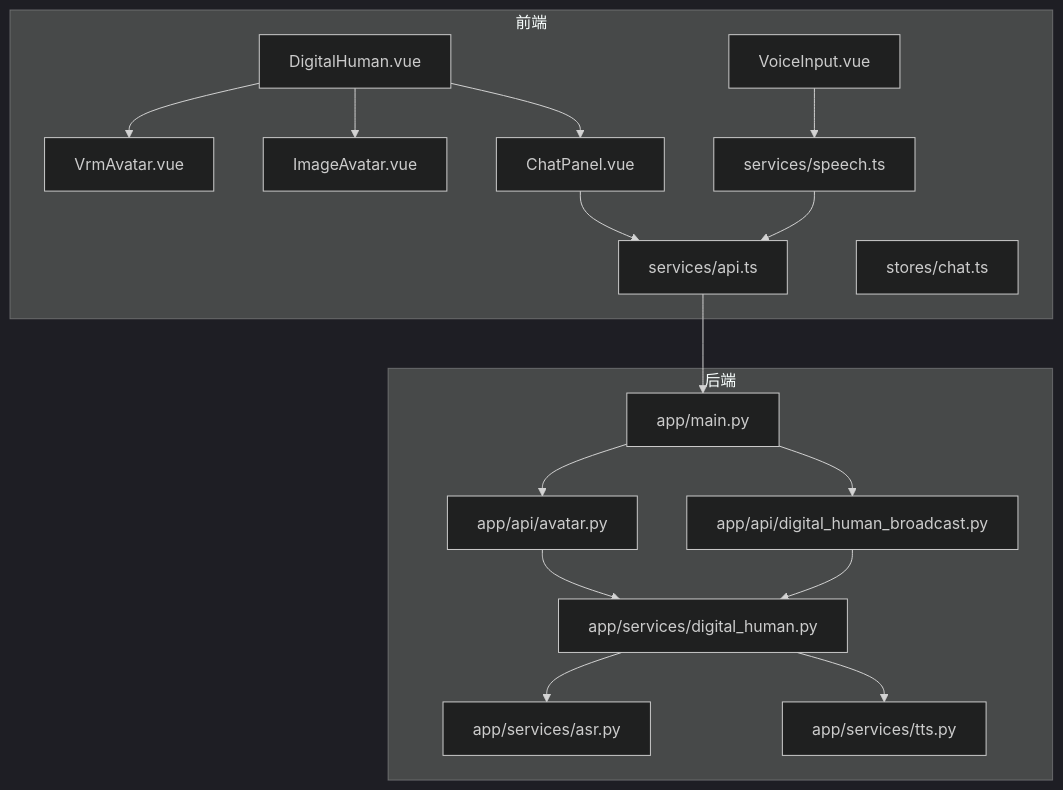
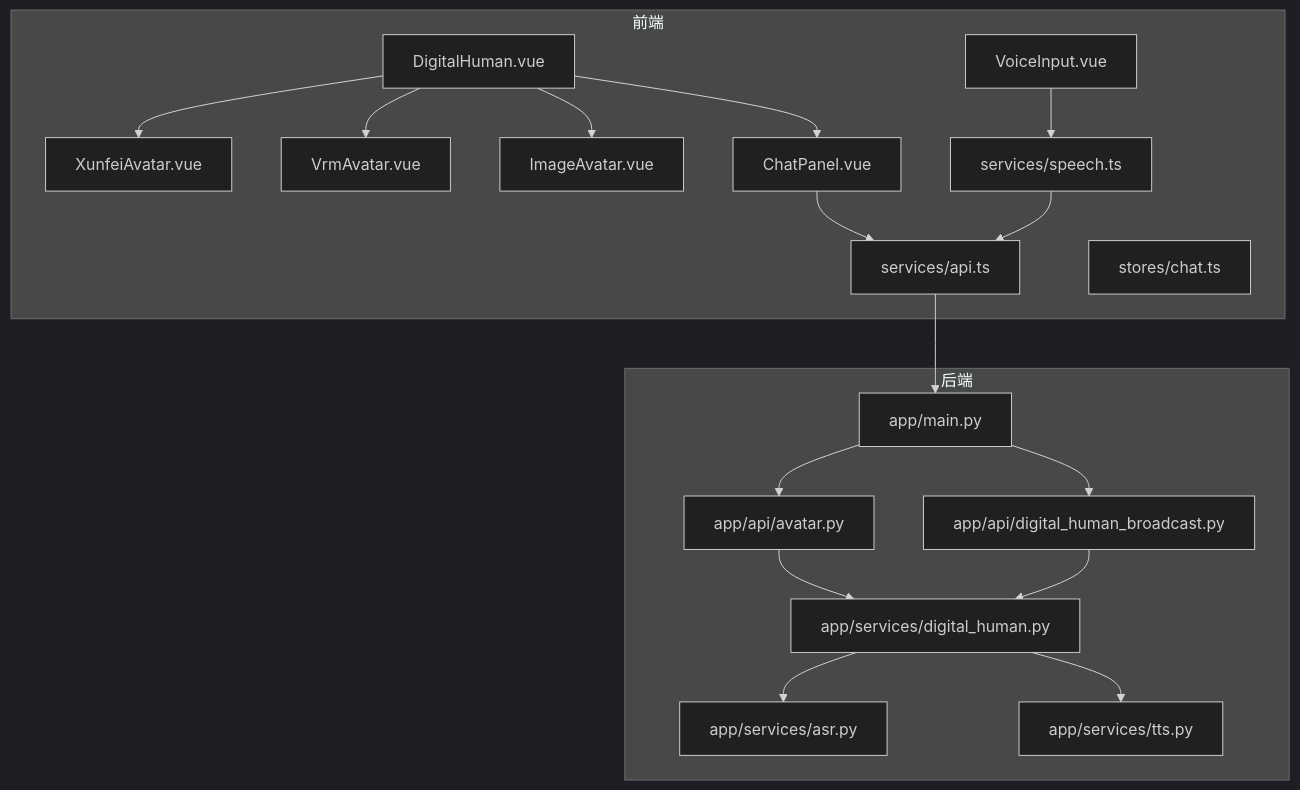
Before and after one commit to vstralcn/AI-SmartTour: the first of 7 diagrams in .qoder/repowiki/zh/content/前端应用架构/游客端应用 (Tourist App)/数字人交互系统/数字人交互系统.md, drawn with Mermaid (dark theme). The commit also changed other lines of this file and 11 other files, not shown here.

````diff
--- a/.qoder/repowiki/zh/content/前端应用架构/游客端应用 (Tourist App)/数字人交互系统/数字人交互系统.md
+++ b/.qoder/repowiki/zh/content/前端应用架构/游客端应用 (Tourist App)/数字人交互系统/数字人交互系统.md
@@ -44,34 +44,36 @@
 ```mermaid
 graph TB
 subgraph "前端"
 DH["DigitalHuman.vue"]
+XUNFEI["XunfeiAvatar.vue"]
 VRM["VrmAvatar.vue"]
 IMG["ImageAvatar.vue"]
 CHAT["ChatPanel.vue"]
 VOICE["VoiceInput.vue"]
 SPEECH["services/speech.ts"]
 API["services/api.ts"]
 STORE["stores/chat.ts"]
 end
 subgraph "后端"
 MAIN["app/main.py"]
 AVATAR_API["app/api/avatar.py"]
 BROADCAST["app/api/digital_human_broadcast.py"]
 DH_SVC["app/services/digital_human.py"]
 ASR["app/services/asr.py"]
 TTS["app/services/tts.py"]
 end
+DH --> XUNFEI
 DH --> VRM
 DH --> IMG
 DH --> CHAT
 CHAT --> API
 VOICE --> SPEECH
 SPEECH --> API
 API --> MAIN
 MAIN --> AVATAR_API
 MAIN --> BROADCAST
 AVATAR_API --> DH_SVC
 BROADCAST --> DH_SVC
 DH_SVC --> ASR
 DH_SVC --> TTS
 ```
````
